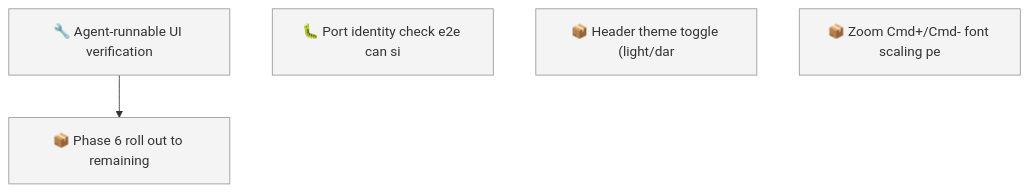
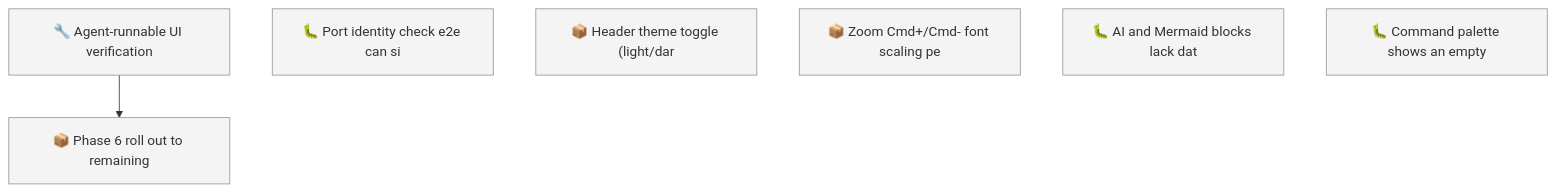
The first of 2 diagrams in docs/roadmap.md (SpillwaveSolutions/forge-notes), drawn with Mermaid before and after one commit. The commit also changed other lines of this file and 11 other files, not shown here.

````diff
--- a/docs/roadmap.md
+++ b/docs/roadmap.md
@@ -57,11 +61,13 @@
 ```mermaid
 graph TD
     01KYZ8X1X1V76HYNK8B5JYMD9W["🔧 Agent-runnable UI verification"]
     01KYZ8XMGPWDJ8KXXK23KV47NT["📦 Phase 6 roll out to remaining"]
     01KZ2HRT1E6SEP9E9KCX687YVG["🐛 Port identity check e2e can si"]
     01KZ2JN6KQKJ90RP9A9H3PHZ0T["📦 Header theme toggle (light/dar"]
     01KZ2JN6SD0RF7AR020N2V9880["📦 Zoom Cmd+/Cmd- font scaling pe"]
+    01KZ2MFJV7PHPNSTFR2XEEM5TV["🐛 AI and Mermaid blocks lack dat"]
+    01KZ2MM83PJSTBEFWA953QPTSS["🐛 Command palette shows an empty"]
     01KYZ8X1X1V76HYNK8B5JYMD9W --> 01KYZ8XMGPWDJ8KXXK23KV47NT
     classDef todo fill:#f4f4f4,stroke:#999999
-    class 01KYZ8X1X1V76HYNK8B5JYMD9W,01KYZ8XMGPWDJ8KXXK23KV47NT,01KZ2HRT1E6SEP9E9KCX687YVG,01KZ2JN6KQKJ90RP9A9H3PHZ0T,01KZ2JN6SD0RF7AR020N2V9880 todo
+    class 01KYZ8X1X1V76HYNK8B5JYMD9W,01KYZ8XMGPWDJ8KXXK23KV47NT,01KZ2HRT1E6SEP9E9KCX687YVG,01KZ2JN6KQKJ90RP9A9H3PHZ0T,01KZ2JN6SD0RF7AR020N2V9880,01KZ2MFJV7PHPNSTFR2XEEM5TV,01KZ2MM83PJSTBEFWA953QPTSS todo
 ```
````
